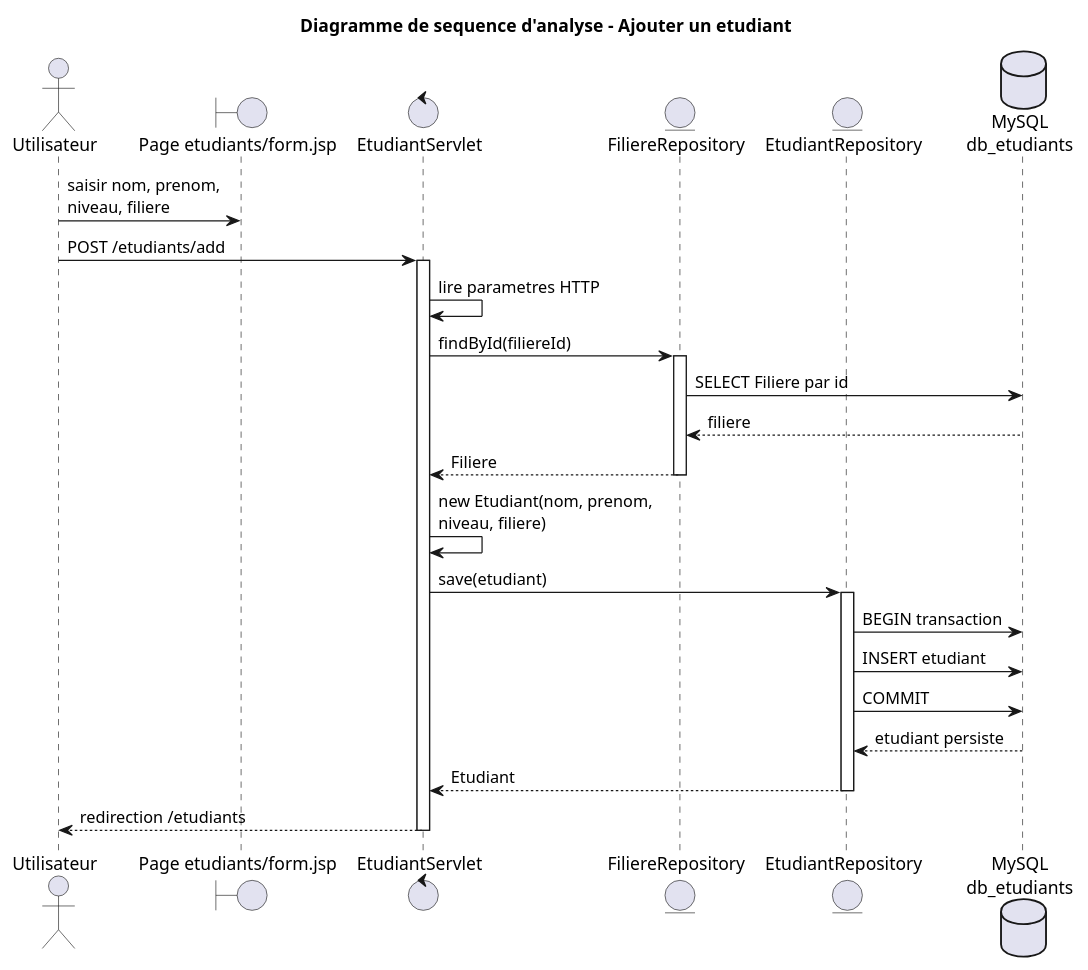
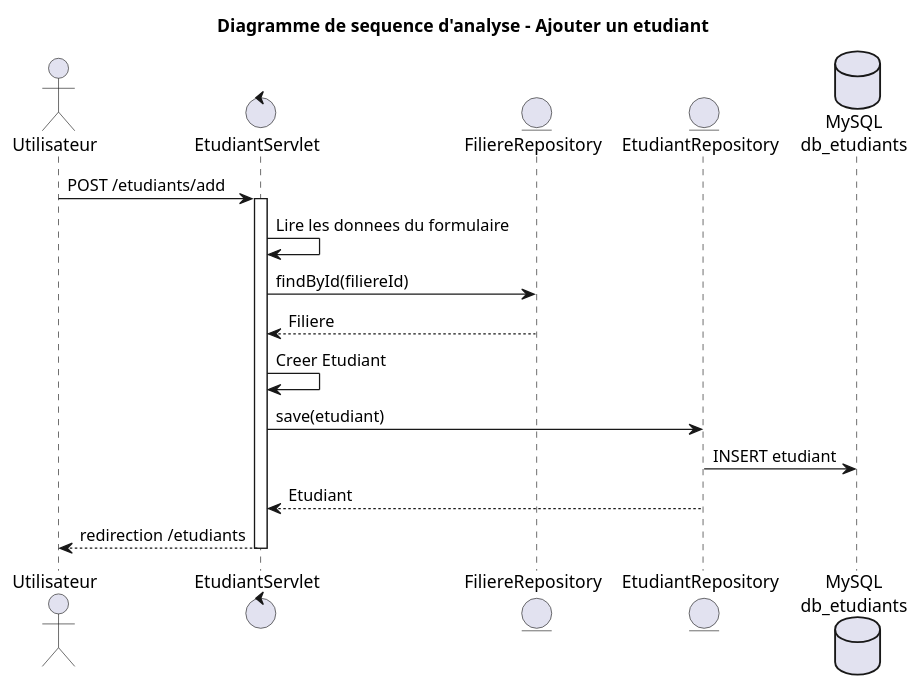
The diagram in docs/uml/sequence-analyse.puml (mehdidabaj/app-etudiant), drawn with PlantUML before and after one commit. The commit also changed 10 other files, not shown here.

Commit message:
Simplify UML diagrams and add PNG exports

```diff
--- a/docs/uml/sequence-analyse.puml
+++ b/docs/uml/sequence-analyse.puml
@@ -1,36 +1,25 @@
 @startuml
 title Diagramme de sequence d'analyse - Ajouter un etudiant
 
 actor "Utilisateur" as User
-boundary "Page etudiants/form.jsp" as Form
 control "EtudiantServlet" as Servlet
 entity "FiliereRepository" as FiliereRepo
 entity "EtudiantRepository" as EtudiantRepo
 database "MySQL\ndb_etudiants" as DB
 
-User -> Form : saisir nom, prenom,\nniveau, filiere
 User -> Servlet : POST /etudiants/add
 activate Servlet
 
-Servlet -> Servlet : lire parametres HTTP
+Servlet -> Servlet : Lire les donnees du formulaire
 Servlet -> FiliereRepo : findById(filiereId)
-activate FiliereRepo
-FiliereRepo -> DB : SELECT Filiere par id
-DB --> FiliereRepo : filiere
 FiliereRepo --> Servlet : Filiere
-deactivate FiliereRepo
 
-Servlet -> Servlet : new Etudiant(nom, prenom,\nniveau, filiere)
+Servlet -> Servlet : Creer Etudiant
 Servlet -> EtudiantRepo : save(etudiant)
-activate EtudiantRepo
-EtudiantRepo -> DB : BEGIN transaction
 EtudiantRepo -> DB : INSERT etudiant
-EtudiantRepo -> DB : COMMIT
-DB --> EtudiantRepo : etudiant persiste
 EtudiantRepo --> Servlet : Etudiant
-deactivate EtudiantRepo
 
 Servlet --> User : redirection /etudiants
 deactivate Servlet
 
 @enduml
```
